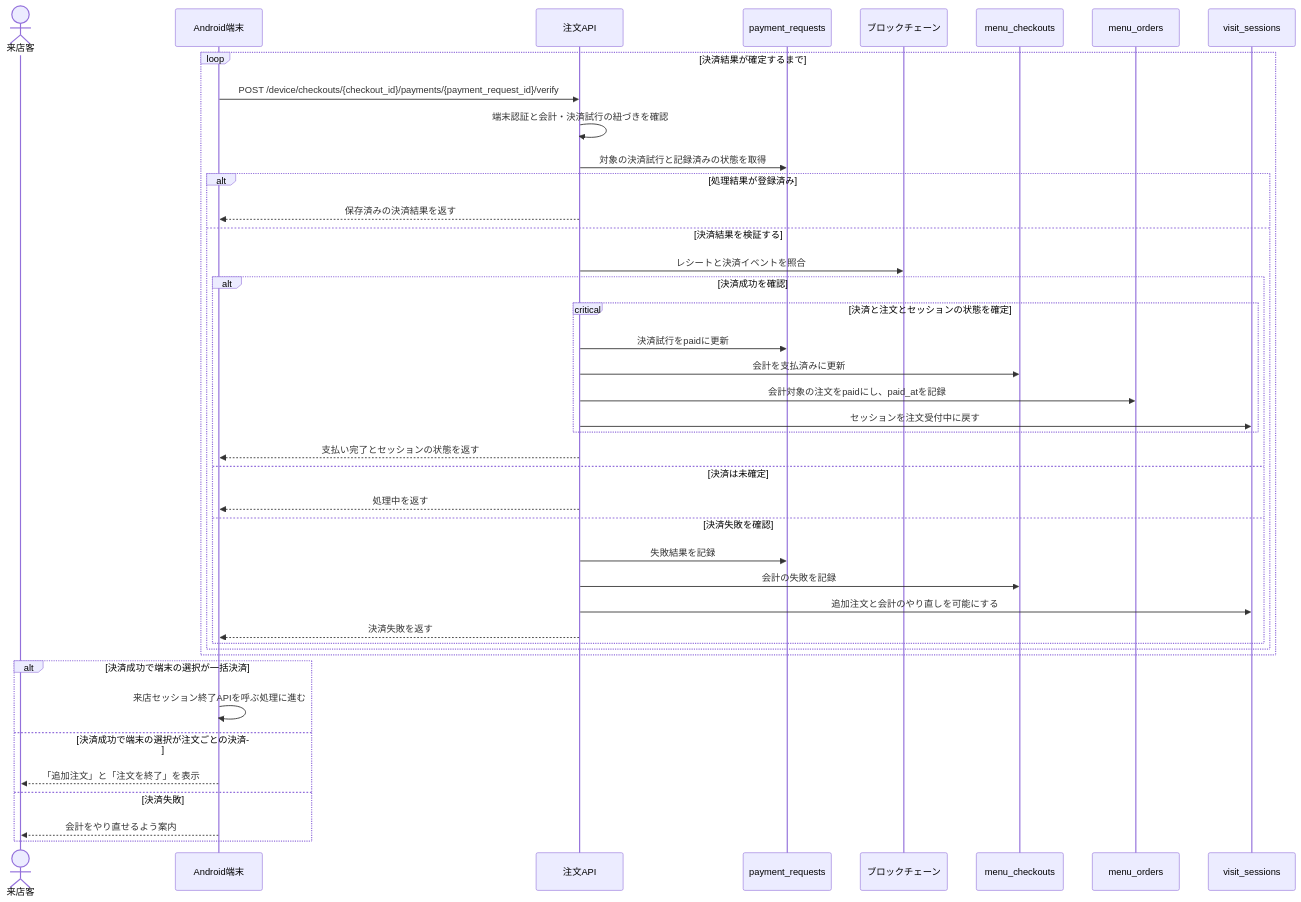
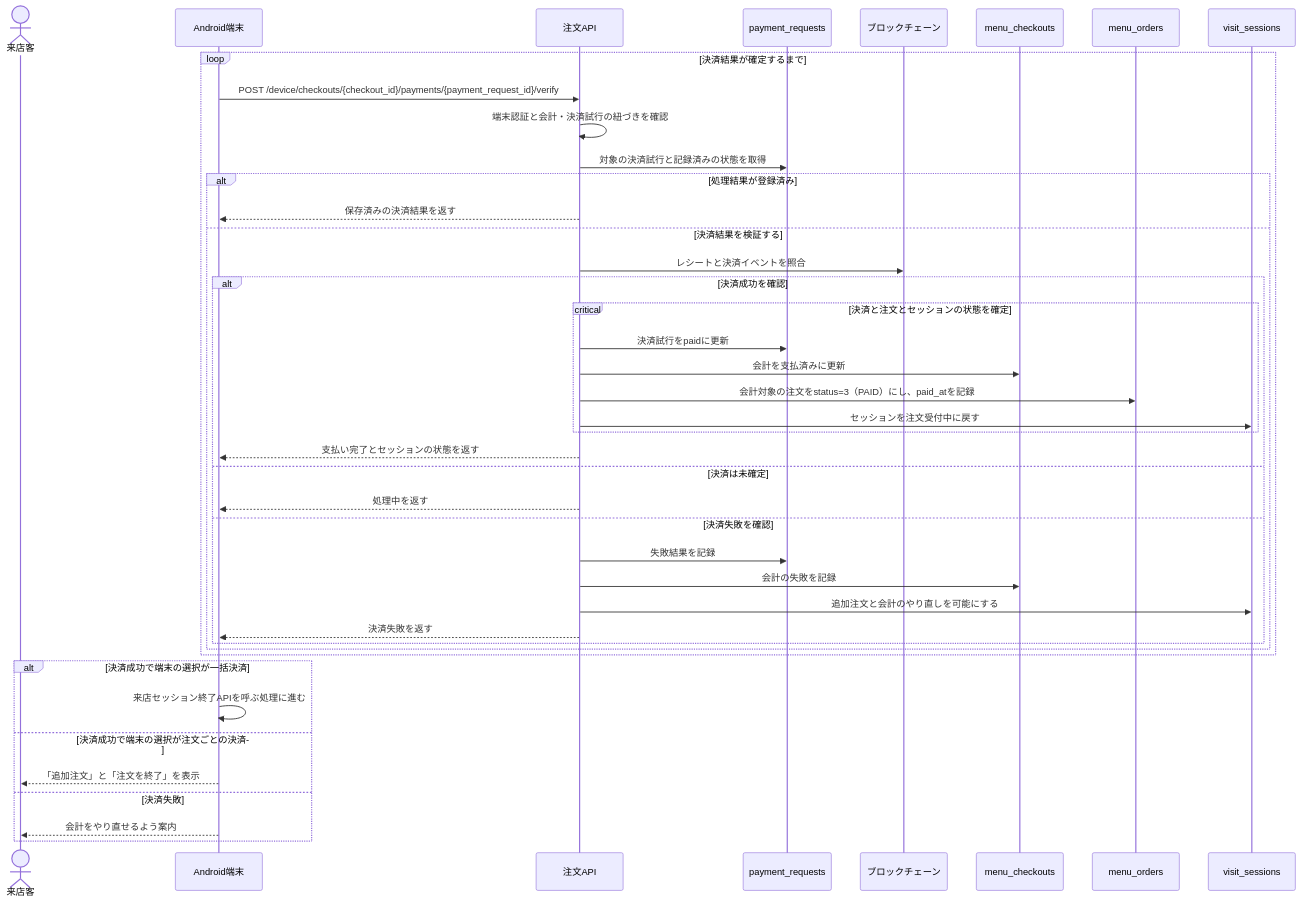
Before and after one commit to terao06/teraid-pay-api: the sixth of 8 diagrams in docs/メニューオーダーフロー.md, drawn with Mermaid. The commit also changed other lines of this file and 22 other files, not shown here.

````diff
--- a/docs/メニューオーダーフロー.md
+++ b/docs/メニューオーダーフロー.md
@@ -312,45 +319,45 @@
 ```mermaid
 sequenceDiagram
     actor Guest as 来店客
     participant Device as Android端末
     participant API as 注文API
     participant Payments as payment_requests
     participant Chain as ブロックチェーン
     participant Checkouts as menu_checkouts
     participant Orders as menu_orders
     participant Visits as visit_sessions
 
     loop 決済結果が確定するまで
         Device->>API: POST /device/checkouts/{checkout_id}/payments/{payment_request_id}/verify
         API->>API: 端末認証と会計・決済試行の紐づきを確認
         API->>Payments: 対象の決済試行と記録済みの状態を取得
         alt 処理結果が登録済み
             API-->>Device: 保存済みの決済結果を返す
         else 決済結果を検証する
             API->>Chain: レシートと決済イベントを照合
             alt 決済成功を確認
                 critical 決済と注文とセッションの状態を確定
                     API->>Payments: 決済試行をpaidに更新
                     API->>Checkouts: 会計を支払済みに更新
-                    API->>Orders: 会計対象の注文をpaidにし、paid_atを記録
+                    API->>Orders: 会計対象の注文をstatus=3（PAID）にし、paid_atを記録
                     API->>Visits: セッションを注文受付中に戻す
                 end
                 API-->>Device: 支払い完了とセッションの状態を返す
             else 決済は未確定
                 API-->>Device: 処理中を返す
             else 決済失敗を確認
                 API->>Payments: 失敗結果を記録
                 API->>Checkouts: 会計の失敗を記録
                 API->>Visits: 追加注文と会計のやり直しを可能にする
                 API-->>Device: 決済失敗を返す
             end
         end
     end
     alt 決済成功で端末の選択が一括決済
         Device->>Device: 来店セッション終了APIを呼ぶ処理に進む
     else 決済成功で端末の選択が注文ごとの決済
         Device-->>Guest: 「追加注文」と「注文を終了」を表示
     else 決済失敗
         Device-->>Guest: 会計をやり直せるよう案内
     end
 ```
````
